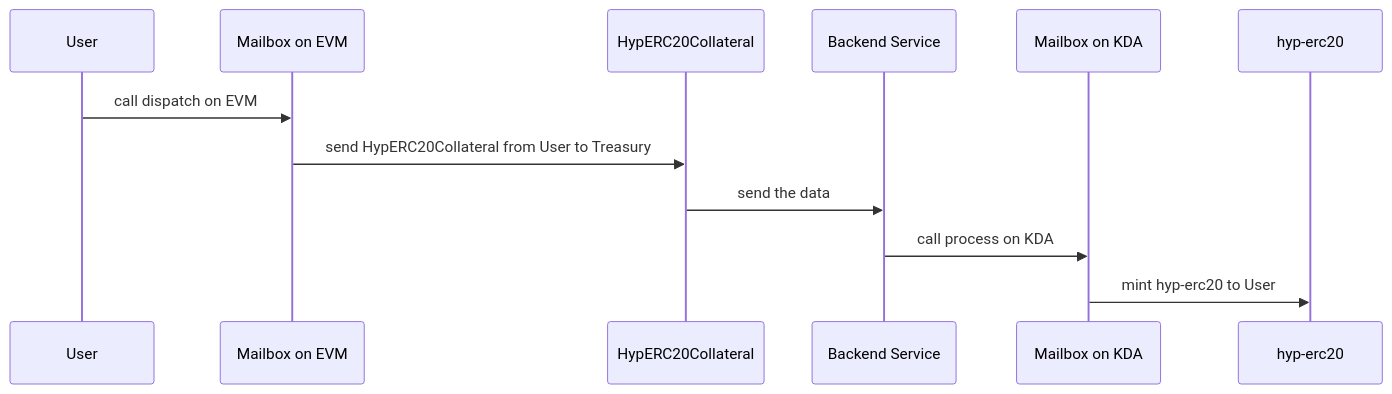
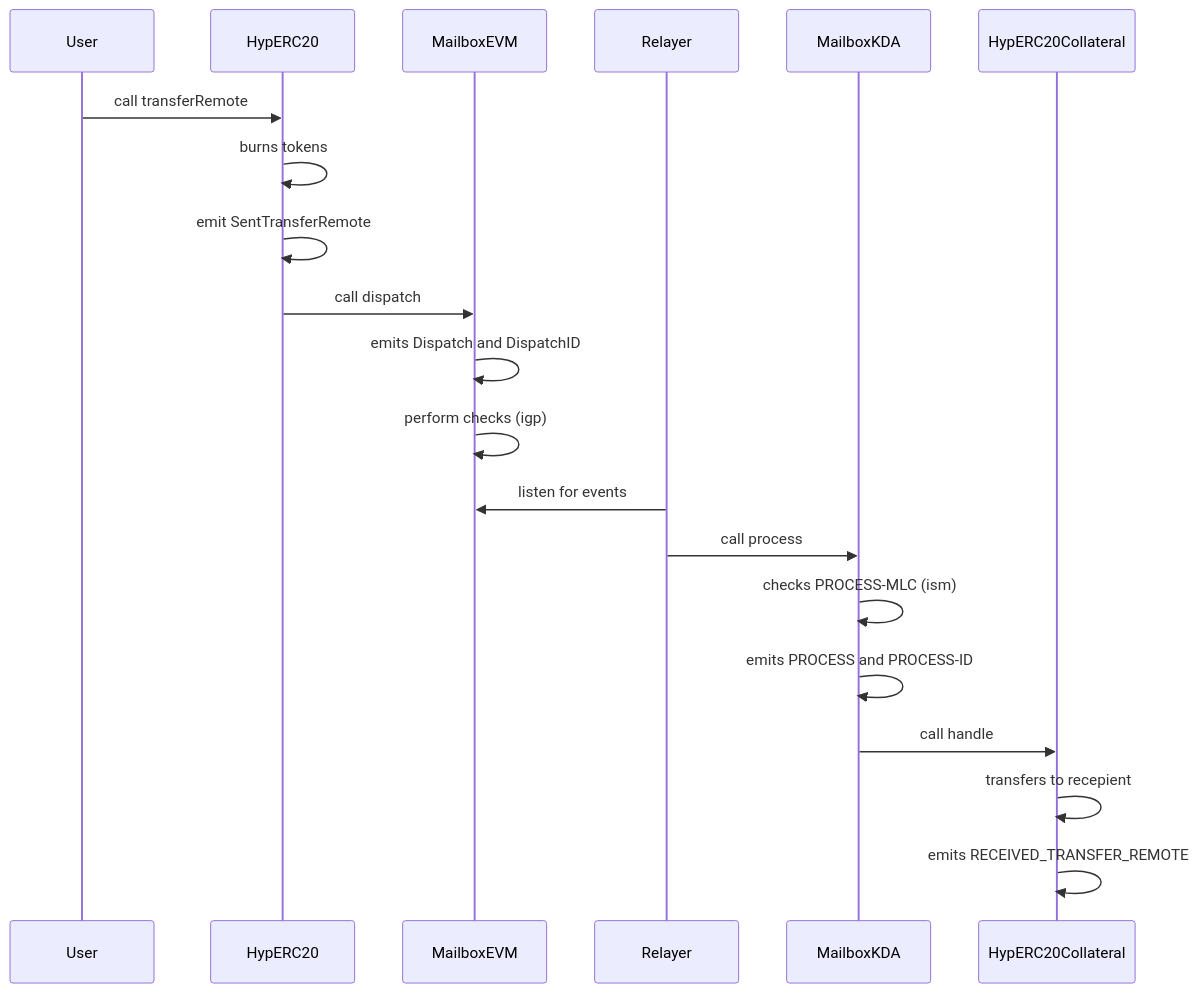
The second of 8 diagrams in docs/bridge-flow.md (RastkoDev/smart-contracts), drawn with Mermaid before and after one commit. The commit also changed other lines of this file, not shown here.

Commit message:
docs: update bridge flow documentation with detailed sequence diagrams

````diff
--- a/docs/bridge-flow.md
+++ b/docs/bridge-flow.md
@@ -7,15 +35,27 @@
 ```mermaid
 sequenceDiagram
-    participant U as User
-    participant MEVM as Mailbox on EVM
-    participant EVM as HypERC20Collateral
-    participant BE as Backend Service
-    participant MKDA as Mailbox on KDA
-    participant KDA as hyp-erc20
+    participant User
+    participant HypERC20 as HypERC20
+    participant MailboxETH as MailboxEVM
+    participant Relayer
+    participant MailboxKDA as MailboxKDA
+    participant HypERC20KDA as HypERC20Collateral
 
-    U->>MEVM: call dispatch on EVM
-    MEVM->>EVM: send HypERC20Collateral from User to Treasury
-    EVM->>BE: send the data
-    BE->>MKDA: call process on KDA
-    MKDA->>KDA: mint hyp-erc20 to User
+    User->>HypERC20: call transferRemote
+    HypERC20->>HypERC20: burns tokens
+
+    HypERC20->>HypERC20: emit SentTransferRemote
+    HypERC20->>MailboxETH: call dispatch
+    MailboxETH->>MailboxETH: emits Dispatch and DispatchID
+    MailboxETH->>MailboxETH: perform checks (igp)
+    Relayer->>MailboxETH: listen for events
+    Relayer->>MailboxKDA: call process
+
+    MailboxKDA->>MailboxKDA: checks PROCESS-MLC (ism)
+    MailboxKDA->>MailboxKDA: emits PROCESS and PROCESS-ID 
+
+    MailboxKDA->>HypERC20KDA: call handle
+
+    HypERC20KDA->>HypERC20KDA: transfers to recepient
+    HypERC20KDA->>HypERC20KDA: emits RECEIVED_TRANSFER_REMOTE
 ```
````
